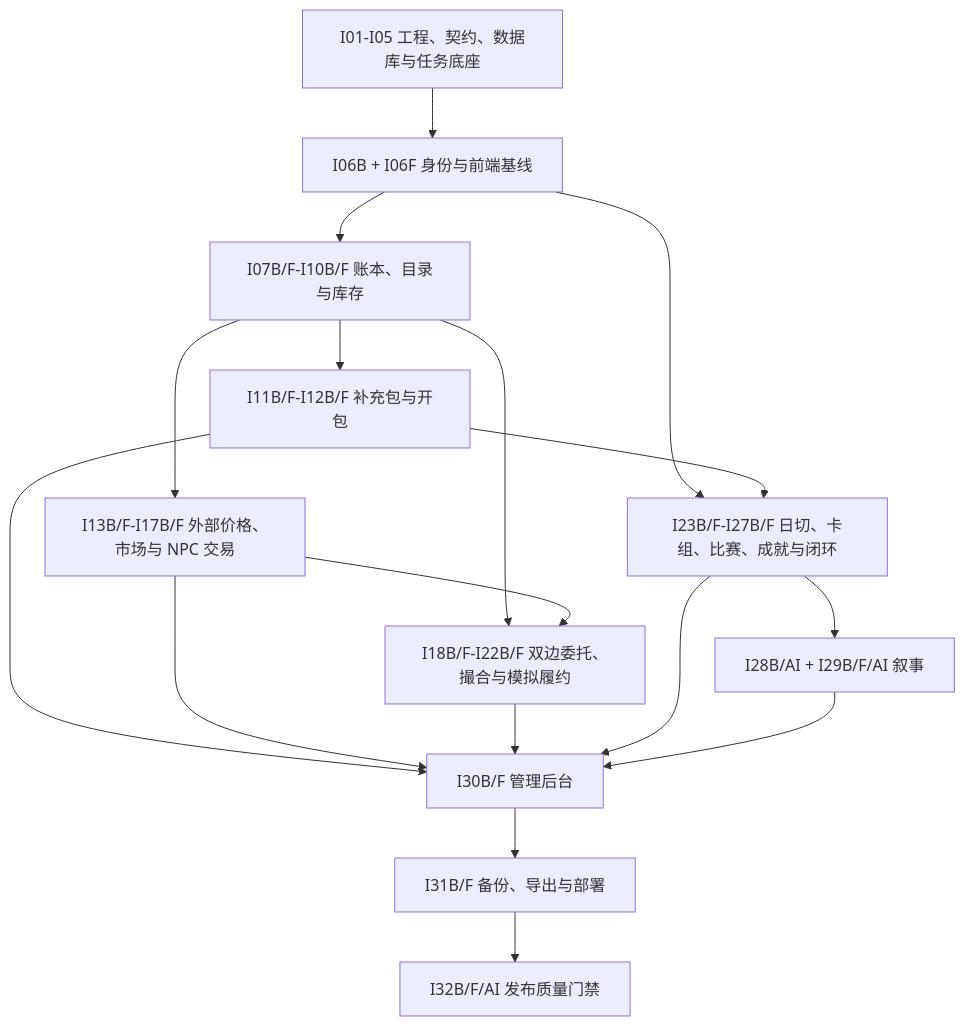
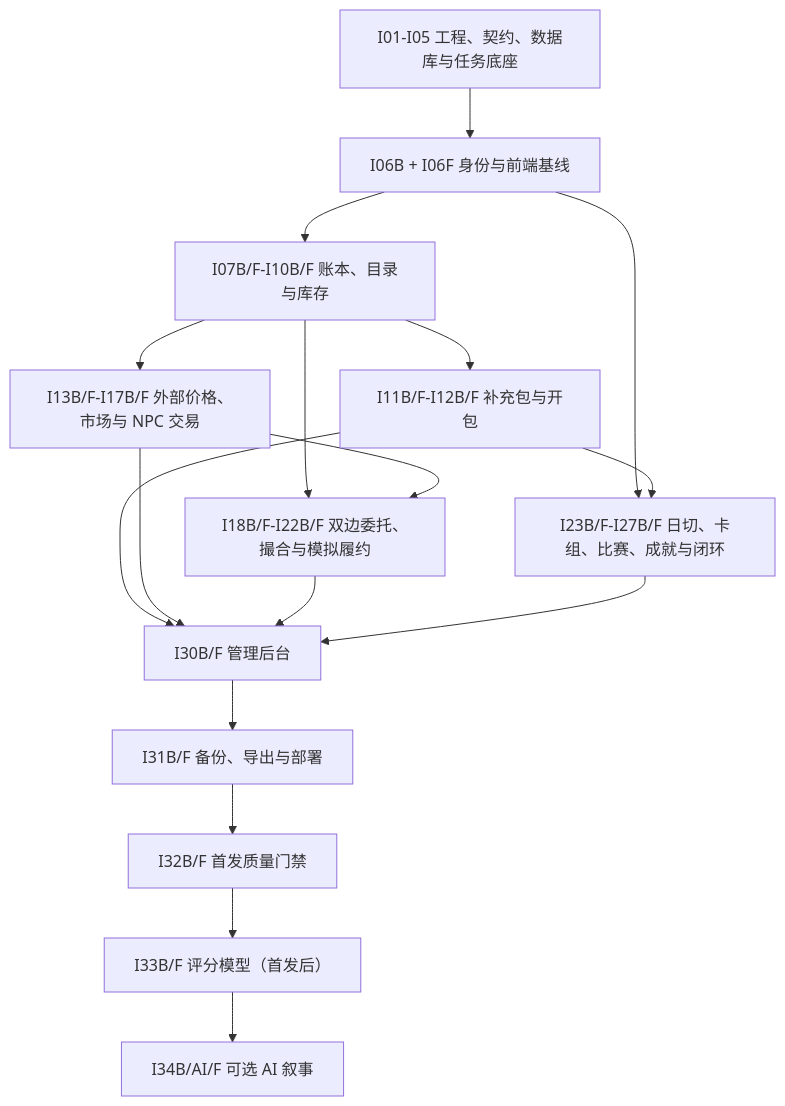
Before and after one commit to Xu-Morgen/mtgMarketSimulater: the diagram in 完整项目迭代实施计划与检查清单.md, drawn with Mermaid. The commit also changed other lines of this file and 18 other files, not shown here.

````diff
--- a/完整项目迭代实施计划与检查清单.md
+++ b/完整项目迭代实施计划与检查清单.md
@@ -20,19 +20,19 @@
 ```mermaid
 flowchart TD
   A[I01-I05 工程、契约、数据库与任务底座] --> B[I06B + I06F 身份与前端基线]
   B --> B2[I07B/F-I10B/F 账本、目录与库存]
   B2 --> C[I11B/F-I12B/F 补充包与开包]
   B2 --> D[I13B/F-I17B/F 外部价格、市场与 NPC 交易]
   B2 --> E[I18B/F-I22B/F 双边委托、撮合与模拟履约]
   D --> E
   B --> F[I23B/F-I27B/F 日切、卡组、比赛、成就与闭环]
   C --> F
-  F --> G[I28B/AI + I29B/F/AI 叙事]
   C --> H[I30B/F 管理后台]
   D --> H
   E --> H
   F --> H
-  G --> H
   H --> I[I31B/F 备份、导出与部署]
-  I --> J[I32B/F/AI 发布质量门禁]
+  I --> J[I32B/F 首发质量门禁]
+  J --> K[I33B/F 评分模型（首发后）]
+  K --> L[I34B/AI/F 可选 AI 叙事]
 ```
````
